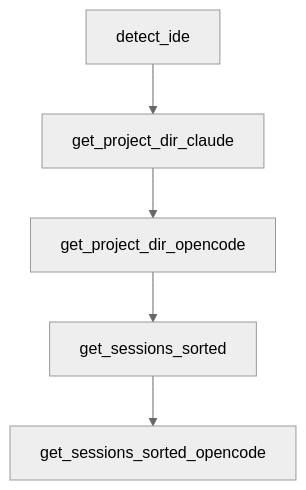
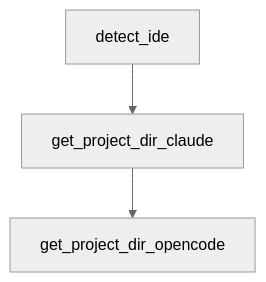
One commit to johnxie/awesome-code-docs changed the diagram in tutorials/planning-with-files-tutorial/01-getting-started.md. Above: the diagram before and after it, drawn with Mermaid (neutral theme). The commit also changed other lines of this file and 1232 other files, not shown here.

````diff
--- a/tutorials/planning-with-files-tutorial/01-getting-started.md
+++ b/tutorials/planning-with-files-tutorial/01-getting-started.md
@@ -227,12 +184,8 @@
 ```mermaid
 flowchart TD
     A[detect_ide]
     B[get_project_dir_claude]
     C[get_project_dir_opencode]
-    D[get_sessions_sorted]
-    E[get_sessions_sorted_opencode]
     A --> B
     B --> C
-    C --> D
-    D --> E
 ```
````
